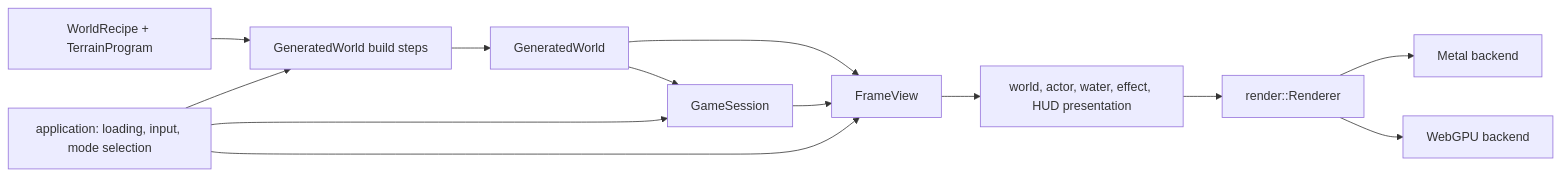
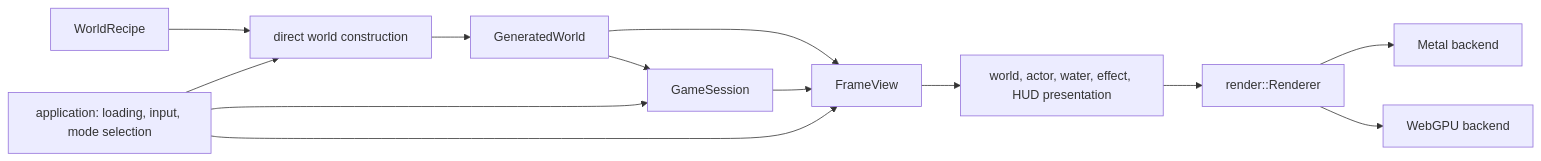
Before and after one commit to mbrock/moppe: the first of 2 diagrams in docs/engine-atlas.md, drawn with Mermaid. The commit also changed other lines of this file and 70 other files, not shown here.

Commit message:
Replace terrain programs with direct generation

````diff
--- a/docs/engine-atlas.md
+++ b/docs/engine-atlas.md
@@ -15,15 +15,15 @@
 ```mermaid
 flowchart LR
-  recipe["WorldRecipe + TerrainProgram"] --> build["GeneratedWorld build steps"]
+  recipe["WorldRecipe"] --> build["direct world construction"]
   build --> world["GeneratedWorld"]
   world --> session["GameSession"]
   world --> view["FrameView"]
   session --> view
   view --> scene["world, actor, water, effect, HUD presentation"]
   scene --> renderer["render::Renderer"]
   renderer --> metal["Metal backend"]
   renderer --> webgpu["WebGPU backend"]
   app["application: loading, input, mode selection"] --> build
   app --> session
   app --> view
 ```
````
